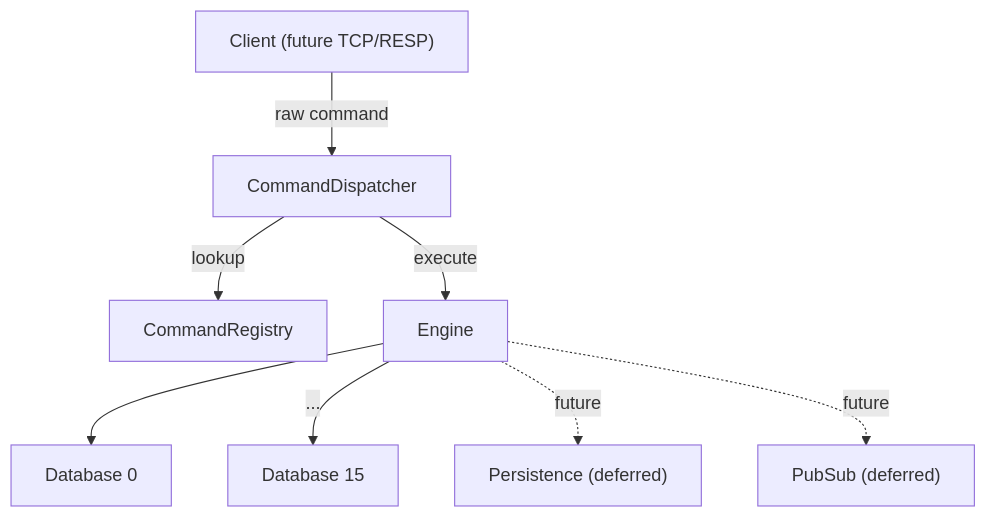
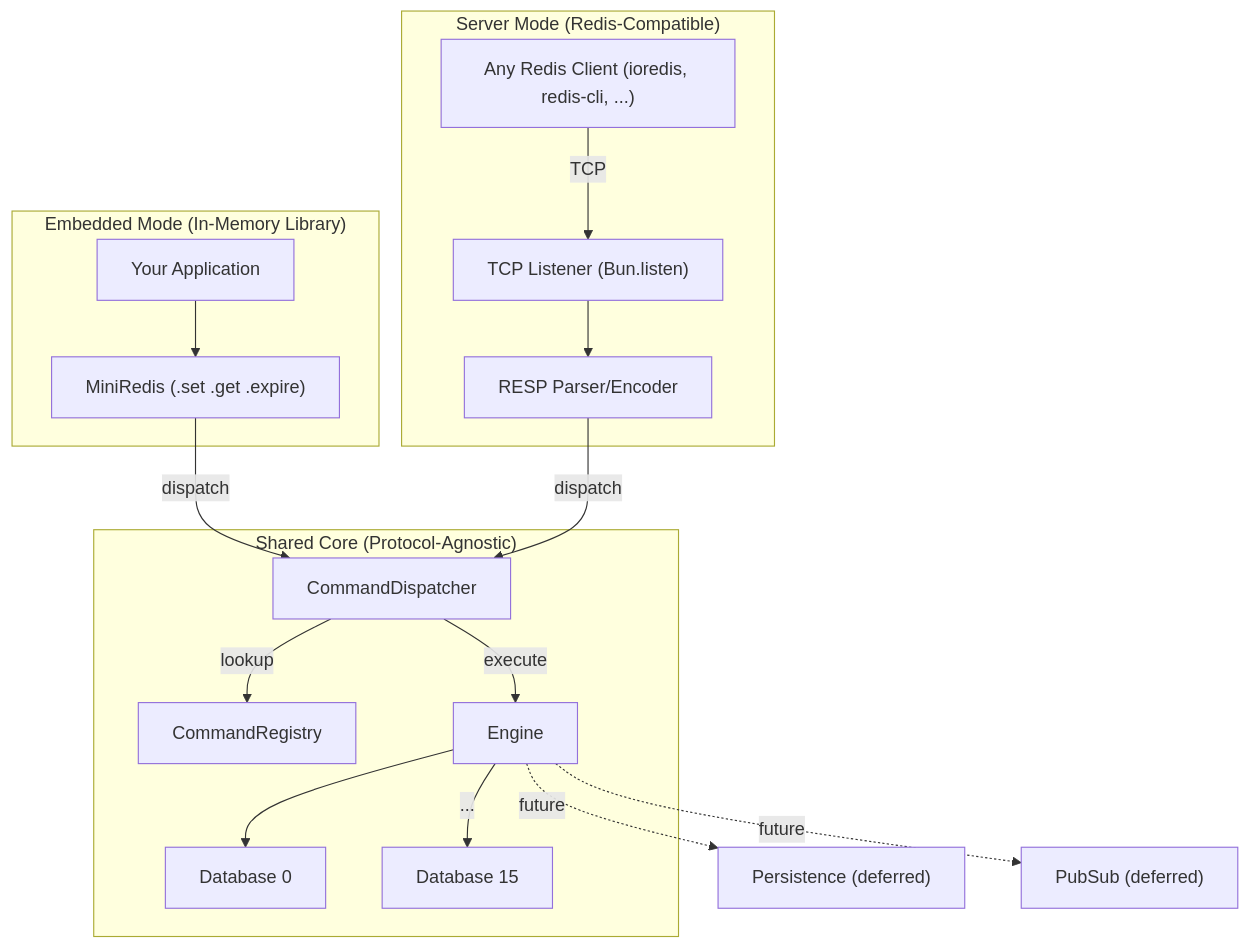
Before and after one commit to dev3019/custom-redis: the first of 2 diagrams in docs/High-Level.md, drawn with Mermaid. The commit also changed other lines of this file and 1 other file, not shown here.

First line of the commit message:
docs: add Phase 2 dual-mode architecture (MiniRedis, RESP, TCP)

````diff
--- a/docs/High-Level.md
+++ b/docs/High-Level.md
@@ -18,19 +27,38 @@
 ```mermaid
 flowchart TB
-    Client["Client (future TCP/RESP)"]
-    Dispatcher["CommandDispatcher"]
-    Registry["CommandRegistry"]
-    Engine["Engine"]
-    DB0["Database 0"]
-    DB15["Database 15"]
+    subgraph EmbeddedMode["Embedded Mode (In-Memory Library)"]
+        App["Your Application"]
+        MiniRedis["MiniRedis (.set .get .expire)"]
+    end
+
+    subgraph ServerMode["Server Mode (Redis-Compatible)"]
+        RedisClient["Any Redis Client (ioredis, redis-cli, ...)"]
+        TCP["TCP Listener (Bun.listen)"]
+        RESP["RESP Parser/Encoder"]
+    end
+
+    subgraph Core["Shared Core (Protocol-Agnostic)"]
+        Dispatcher["CommandDispatcher"]
+        Registry["CommandRegistry"]
+        Engine["Engine"]
+        DB0["Database 0"]
+        DB15["Database 15"]
+    end
+
     Persistence["Persistence (deferred)"]
     PubSub["PubSub (deferred)"]
 
-    Client -->|"raw command"| Dispatcher
+    App --> MiniRedis
+    MiniRedis -->|"dispatch"| Dispatcher
+
+    RedisClient -->|"TCP"| TCP
+    TCP --> RESP
+    RESP -->|"dispatch"| Dispatcher
+
     Dispatcher -->|"lookup"| Registry
     Dispatcher -->|"execute"| Engine
     Engine --> DB0
     Engine -->|"..."| DB15
     Engine -.->|"future"| Persistence
     Engine -.->|"future"| PubSub
 ```
````
